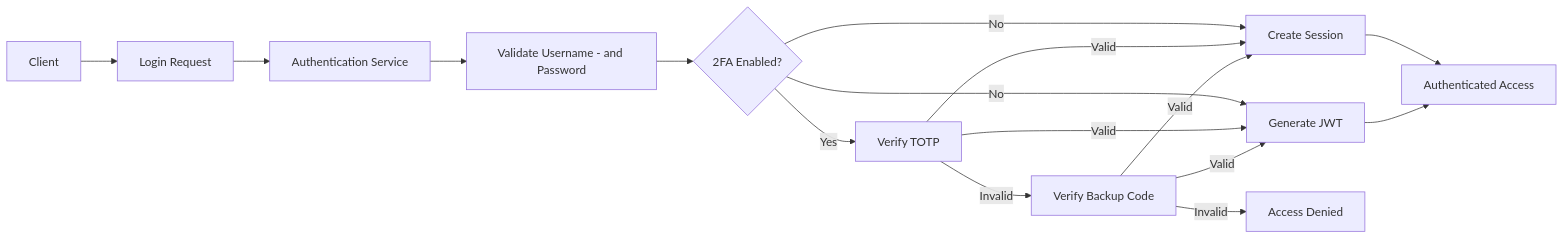
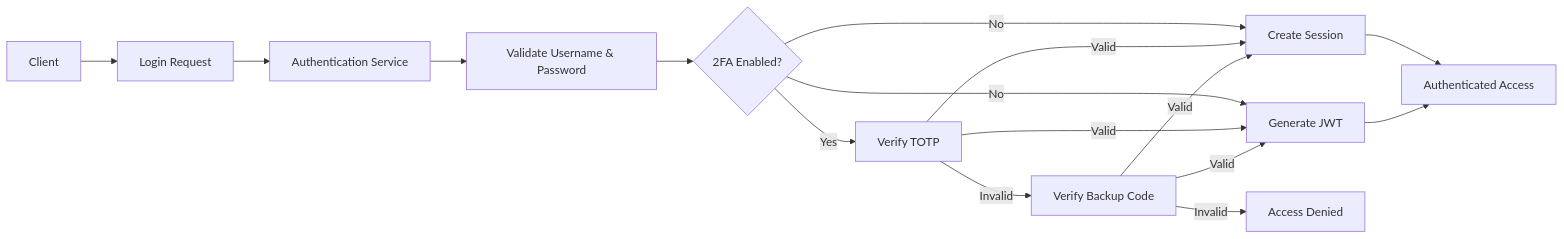
Before and after one commit to MotionPrograming/AuthorizationManagementSystem: the second of 29 diagrams in README.md, drawn with Mermaid. The commit also changed other lines of this file, not shown here.

````diff
--- a/README.md
+++ b/README.md
@@ -97,43 +94,34 @@
 ```mermaid
 flowchart LR
-
-CLIENT[" Client"]
-
-LOGIN["Login Request"]
-
-AUTH["Authentication Service"]
-
-CRED["Validate Username - and Password"]
-
-CHECK{"2FA Enabled?"}
-
-SESSION["Create Session"]
-JWT["Generate JWT"]
-
-TOTP["Verify TOTP"]
-BACKUP["Verify Backup Code"]
-
-ACCESS[" Authenticated Access"]
-DENIED[" Access Denied"]
-
-CLIENT --> LOGIN
-LOGIN --> AUTH
-AUTH --> CRED
-CRED --> CHECK
-
-CHECK -->|No| SESSION
-CHECK -->|No| JWT
-
-CHECK -->|Yes| TOTP
-
-TOTP -->|Valid| SESSION
-TOTP -->|Valid| JWT
-TOTP -->|Invalid| BACKUP
-
-BACKUP -->|Valid| SESSION
-BACKUP -->|Valid| JWT
-BACKUP -->|Invalid| DENIED
-
-SESSION --> ACCESS
-JWT --> ACCESS
+    CLIENT["Client"]
+    LOGIN["Login Request"]
+    AUTH["Authentication Service"]
+    CRED["Validate Username & Password"]
+    CHECK{"2FA Enabled?"}
+    SESSION["Create Session"]
+    JWT["Generate JWT"]
+    TOTP["Verify TOTP"]
+    BACKUP["Verify Backup Code"]
+    ACCESS["Authenticated Access"]
+    DENIED["Access Denied"]
+    
+    CLIENT --> LOGIN
+    LOGIN --> AUTH
+    AUTH --> CRED
+    CRED --> CHECK
+    
+    CHECK -->|No| SESSION
+    CHECK -->|No| JWT
+    CHECK -->|Yes| TOTP
+    
+    TOTP -->|Valid| SESSION
+    TOTP -->|Valid| JWT
+    TOTP -->|Invalid| BACKUP
+    
+    BACKUP -->|Valid| SESSION
+    BACKUP -->|Valid| JWT
+    BACKUP -->|Invalid| DENIED
+    
+    SESSION --> ACCESS
+    JWT --> ACCESS
 ```
````
